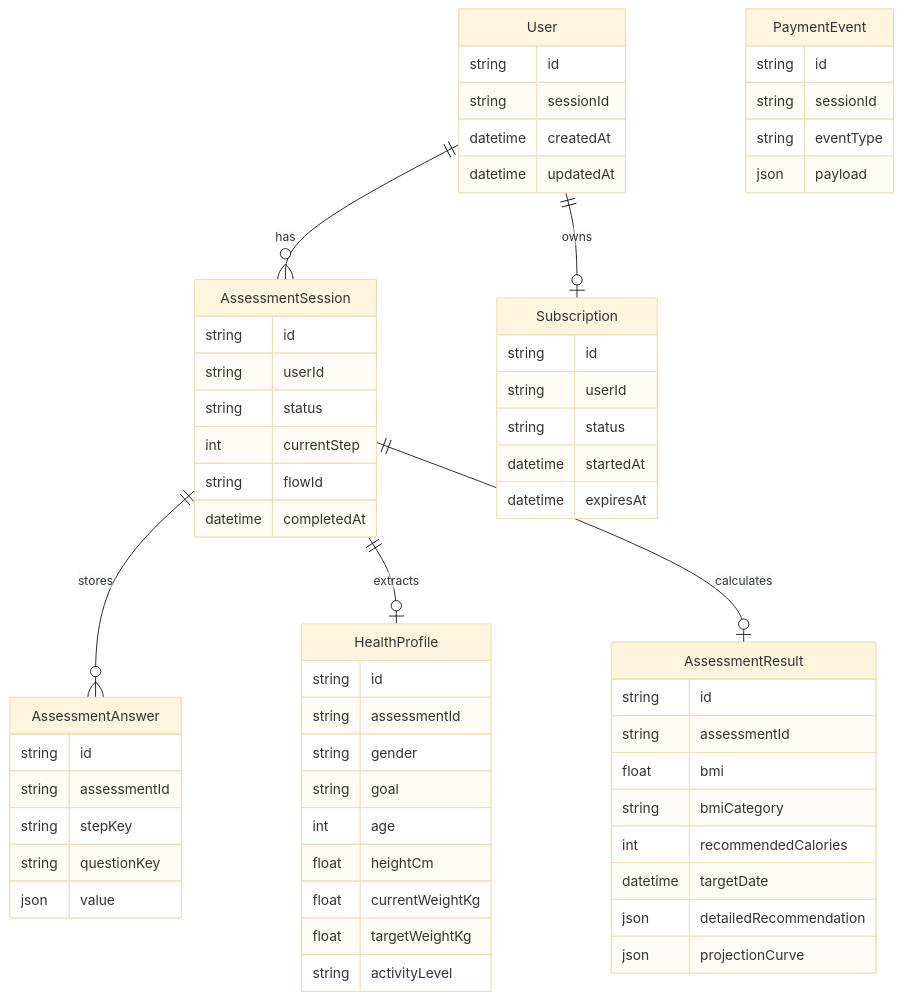
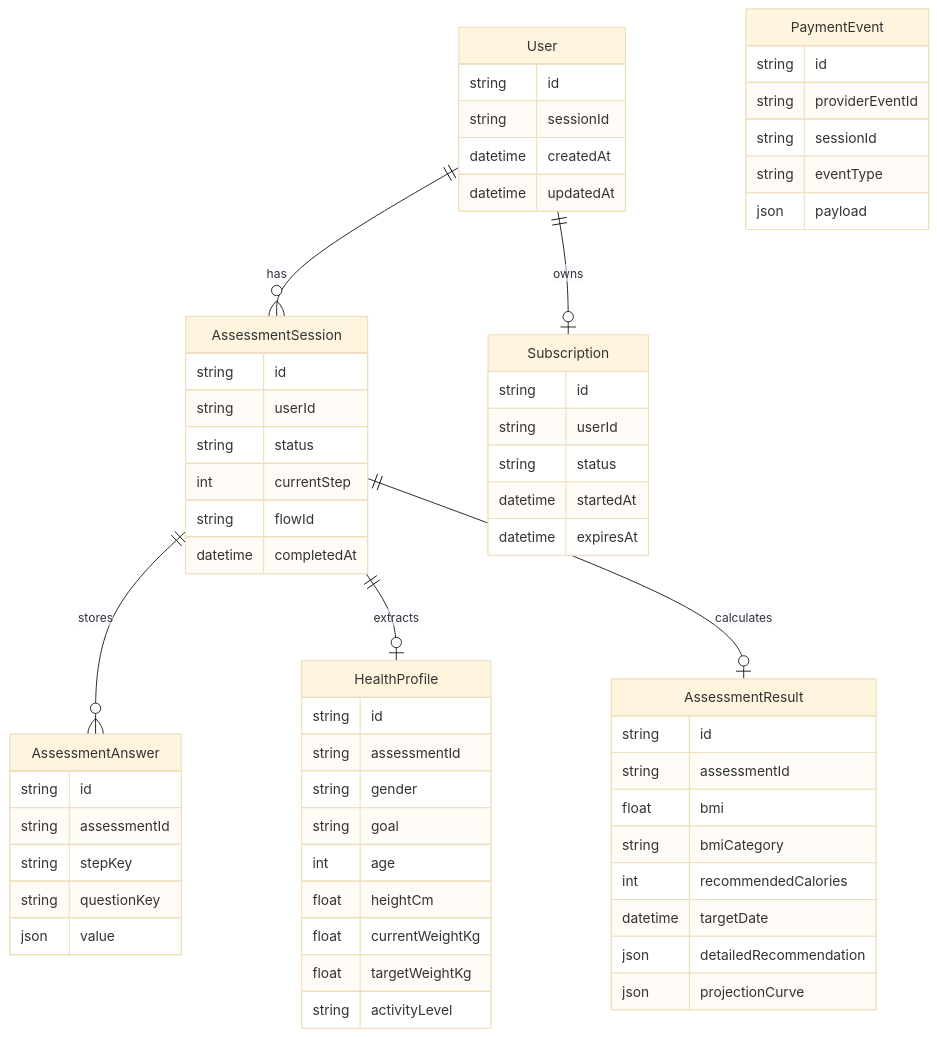
The diagram in README.md (Zhejian-Zheng/pilates-health-quiz), drawn with Mermaid (base theme) before and after one commit. The commit also changed other lines of this file and 16 other files, not shown here.

````diff
--- a/README.md
+++ b/README.md
@@ -116,70 +127,71 @@
 ```mermaid
 erDiagram
   User ||--o{ AssessmentSession : has
   User ||--o| Subscription : owns
   AssessmentSession ||--o{ AssessmentAnswer : stores
   AssessmentSession ||--o| HealthProfile : extracts
   AssessmentSession ||--o| AssessmentResult : calculates
 
   User {
     string id
     string sessionId
     datetime createdAt
     datetime updatedAt
   }
 
   AssessmentSession {
     string id
     string userId
     string status
     int currentStep
     string flowId
     datetime completedAt
   }
 
   AssessmentAnswer {
     string id
     string assessmentId
     string stepKey
     string questionKey
     json value
   }
 
   HealthProfile {
     string id
     string assessmentId
     string gender
     string goal
     int age
     float heightCm
     float currentWeightKg
     float targetWeightKg
     string activityLevel
   }
 
   AssessmentResult {
     string id
     string assessmentId
     float bmi
     string bmiCategory
     int recommendedCalories
     datetime targetDate
     json detailedRecommendation
     json projectionCurve
   }
 
   Subscription {
     string id
     string userId
     string status
     datetime startedAt
     datetime expiresAt
   }
 
   PaymentEvent {
     string id
+    string providerEventId
     string sessionId
     string eventType
     json payload
   }
 ```
````
